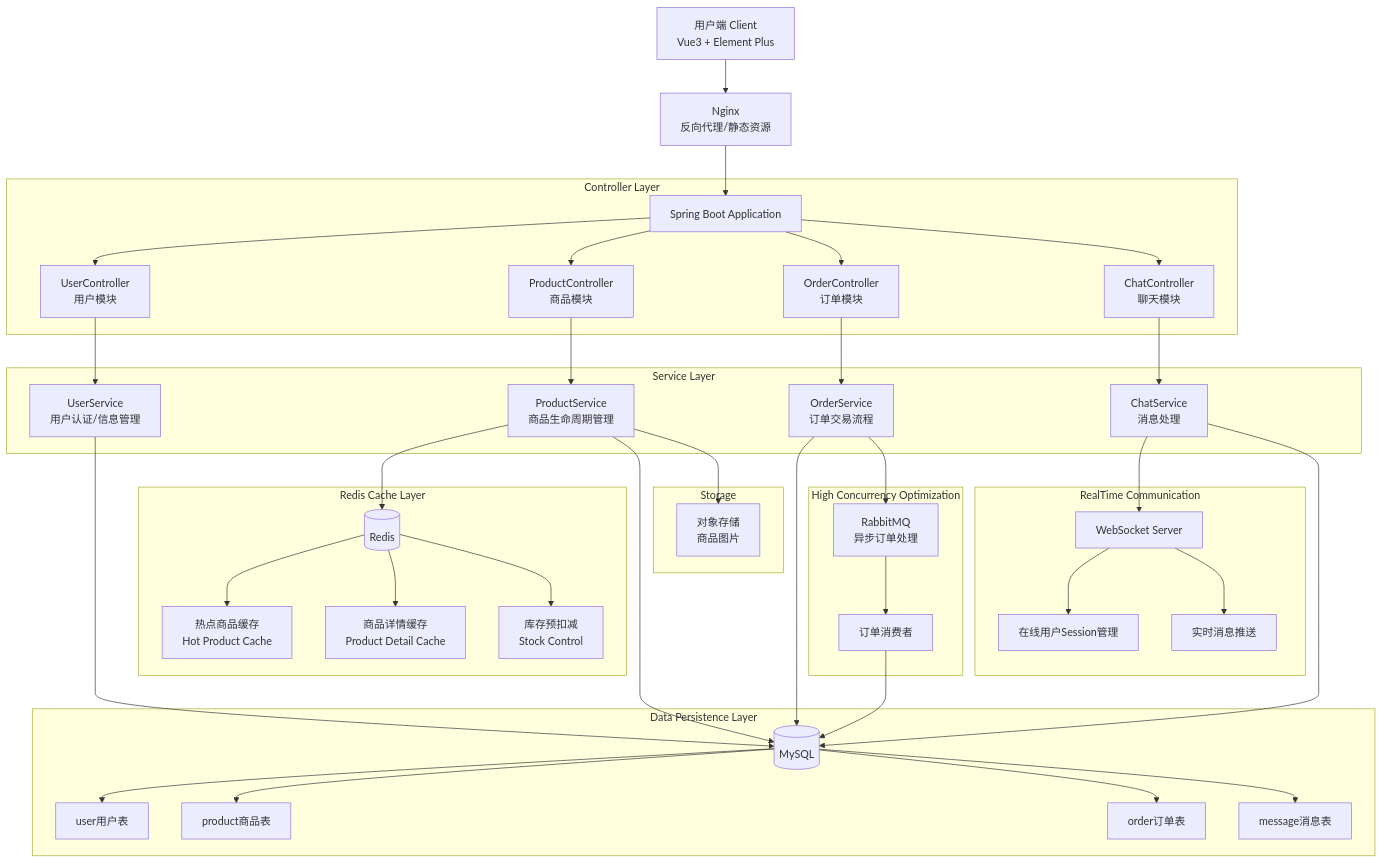
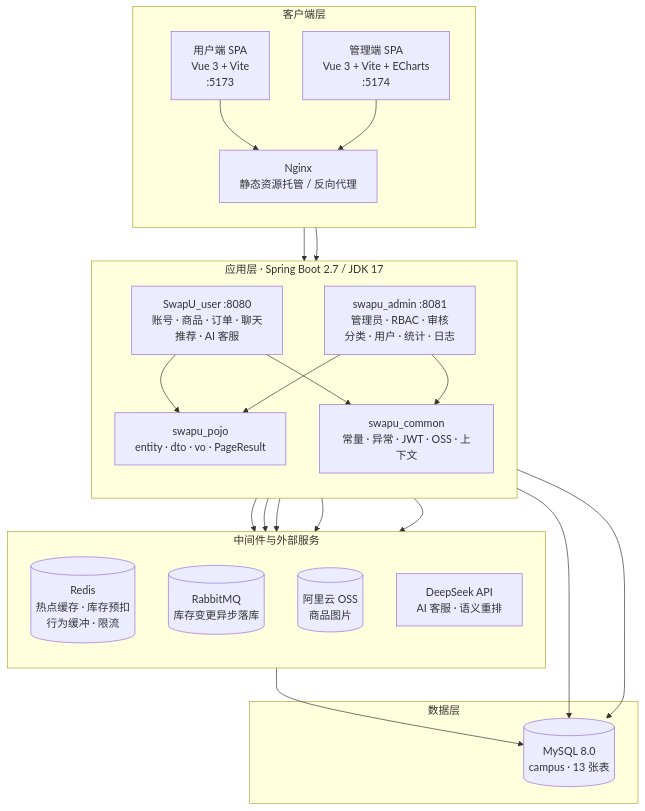
One commit to windyfreez/SwapU changed the first of 3 diagrams in README.md. Above: the diagram before and after it, drawn with Mermaid. The commit also changed other lines of this file and 1 other file, not shown here.

````diff
--- a/README.md
+++ b/README.md
@@ -86,141 +150,46 @@
 ```mermaid
 flowchart TB
+    subgraph client["客户端层"]
+        direction TB
+        U["用户端 SPA<br/>Vue 3 + Vite<br/>:5173"]
+        A["管理端 SPA<br/>Vue 3 + Vite + ECharts<br/>:5174"]
+        NG["Nginx<br/>静态资源托管 / 反向代理"]
+    end
 
-%% ==========================
-%% 用户层
-%% ==========================
+    subgraph app["应用层 · Spring Boot 2.7 / JDK 17"]
+        direction TB
+        US["SwapU_user :8080<br/>账号 · 商品 · 订单 · 聊天<br/>推荐 · AI 客服"]
+        AS["swapu_admin :8081<br/>管理员 · RBAC · 审核<br/>分类 · 用户 · 统计 · 日志"]
+        PJ["swapu_pojo<br/>entity · dto · vo · PageResult"]
+        CM["swapu_common<br/>常量 · 异常 · JWT · OSS · 上下文"]
+    end
 
-A[用户端 Client<br/>Vue3 + Element Plus]
+    subgraph middleware["中间件与外部服务"]
+        direction TB
+        RD[("Redis<br/>热点缓存 · 库存预扣<br/>行为缓冲 · 限流")]
+        MQ[("RabbitMQ<br/>库存变更异步落库")]
+        OSS[("阿里云 OSS<br/>商品图片")]
+        LLM["DeepSeek API<br/>AI 客服 · 语义重排"]
+    end
 
-A --> B[Nginx<br/>反向代理/静态资源]
+    subgraph data["数据层"]
+        DB[("MySQL 8.0<br/>campus · 13 张表")]
+    end
 
-
-%% ==========================
-%% 网关层
-%% ==========================
-
-B --> C[Spring Boot Application]
-
-
-%% ==========================
-%% Controller层
-%% ==========================
-
-subgraph Controller Layer
-
-C --> C1[UserController<br/>用户模块]
-
-C --> C2[ProductController<br/>商品模块]
-
-C --> C3[OrderController<br/>订单模块]
-
-C --> C4[ChatController<br/>聊天模块]
-
-end
-
-
-%% ==========================
-%% Service层
-%% ==========================
-
-subgraph Service Layer
-
-C1 --> S1[UserService<br/>用户认证/信息管理]
-
-C2 --> S2[ProductService<br/>商品生命周期管理]
-
-C3 --> S3[OrderService<br/>订单交易流程]
-
-C4 --> S4[ChatService<br/>消息处理]
-
-end
-
-
-
-%% ==========================
-%% Redis缓存
-%% ==========================
-
-subgraph Redis Cache Layer
-
-S2 --> R1[(Redis)]
-
-R1 --> R2[热点商品缓存<br/>Hot Product Cache]
-
-R1 --> R3[商品详情缓存<br/>Product Detail Cache]
-
-R1 --> R4[库存预扣减<br/>Stock Control]
-
-end
-
-
-
-%% ==========================
-%% WebSocket
-%% ==========================
-
-subgraph RealTime Communication
-
-S4 --> W[WebSocket Server]
-
-W --> M1[在线用户Session管理]
-
-W --> M2[实时消息推送]
-
-end
-
-
-
-%% ==========================
-%% 数据层
-%% ==========================
-
-subgraph Data Persistence Layer
-
-S1 --> DB[(MySQL)]
-
-S2 --> DB
-
-S3 --> DB
-
-S4 --> DB
-
-
-DB --> T1[user用户表]
-
-DB --> T2[product商品表]
-
-DB --> T3[order订单表]
-
-DB --> T4[message消息表]
-
-end
-
-
-
-%% ==========================
-%% 高并发扩展
-%% ==========================
-
-subgraph High Concurrency Optimization
-
-S3 --> MQ[RabbitMQ<br/>异步订单处理]
-
-MQ --> Consumer[订单消费者]
-
-Consumer --> DB
-
-end
-
-
-
-%% ==========================
-%% 文件存储
-%% ==========================
-
-subgraph Storage
-
-S2 --> OSS[对象存储<br/>商品图片]
-
-end
+    U --> NG
+    A --> NG
+    NG --> US
+    NG --> AS
+    US --> PJ
+    AS --> PJ
+    US --> CM
+    AS --> CM
+    US --> RD
+    AS --> RD
+    US --> MQ
+    US --> OSS
+    US --> LLM
+    US --> DB
+    AS --> DB
+    MQ --> DB
 ```
````
